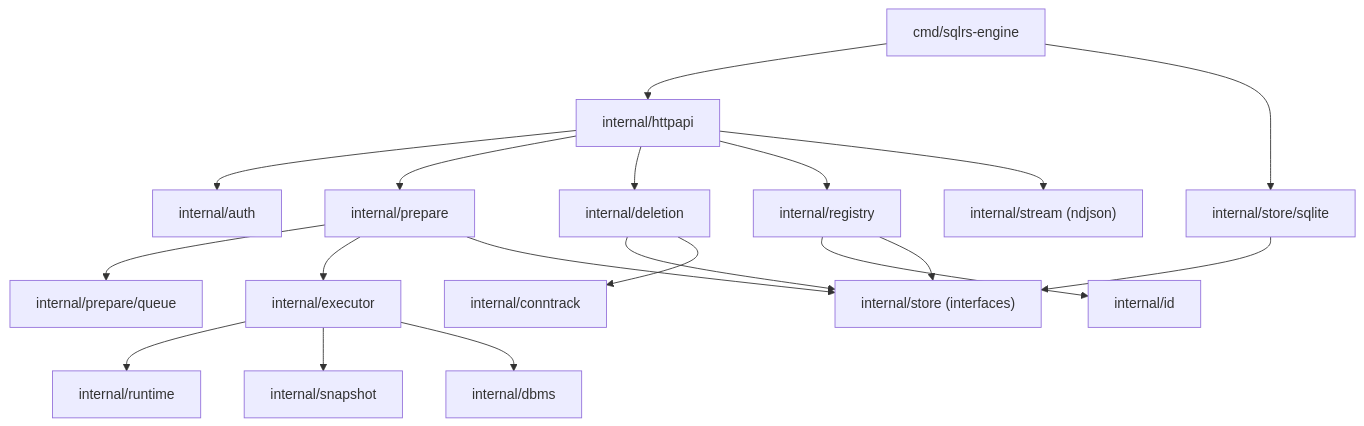
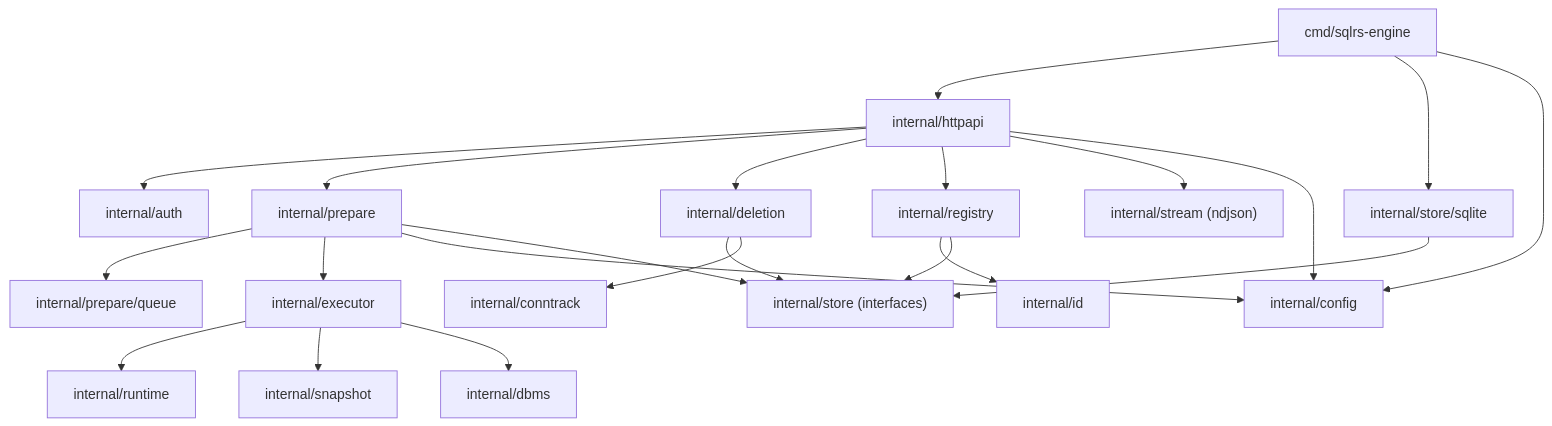
The diagram in docs/architecture/local-engine-component-structure.RU.md (kimak-irmagi/taidon), drawn with Mermaid before and after one commit. The commit also changed other lines of this file and 36 other files, not shown here.

````diff
--- a/docs/architecture/local-engine-component-structure.RU.md
+++ b/docs/architecture/local-engine-component-structure.RU.md
@@ -95,38 +105,42 @@
 ```mermaid
 flowchart TD
   CMD["cmd/sqlrs-engine"]
   HTTP["internal/httpapi"]
   PREP["internal/prepare"]
   QUEUE["internal/prepare/queue"]
   EXEC["internal/executor"]
   RT["internal/runtime"]
   SNAP["internal/snapshot"]
   DBMS["internal/dbms"]
   DEL["internal/deletion"]
   CONN["internal/conntrack"]
   AUTH["internal/auth"]
   REG["internal/registry"]
   ID["internal/id"]
   STORE["internal/store (interfaces)"]
   SQLITE["internal/store/sqlite"]
   STREAM["internal/stream (ndjson)"]
+  CFG["internal/config"]
 
   CMD --> HTTP
   CMD --> SQLITE
+  CMD --> CFG
   HTTP --> AUTH
   HTTP --> PREP
   HTTP --> DEL
   HTTP --> REG
   HTTP --> STREAM
+  HTTP --> CFG
   PREP --> QUEUE
   PREP --> EXEC
+  PREP --> CFG
   EXEC --> RT
   EXEC --> SNAP
   EXEC --> DBMS
   DEL --> STORE
   DEL --> CONN
   PREP --> STORE
   REG --> ID
   REG --> STORE
   SQLITE --> STORE
 ```
````
